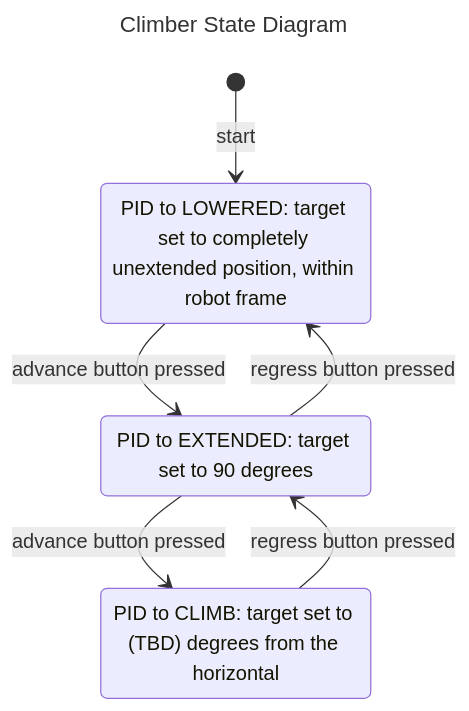
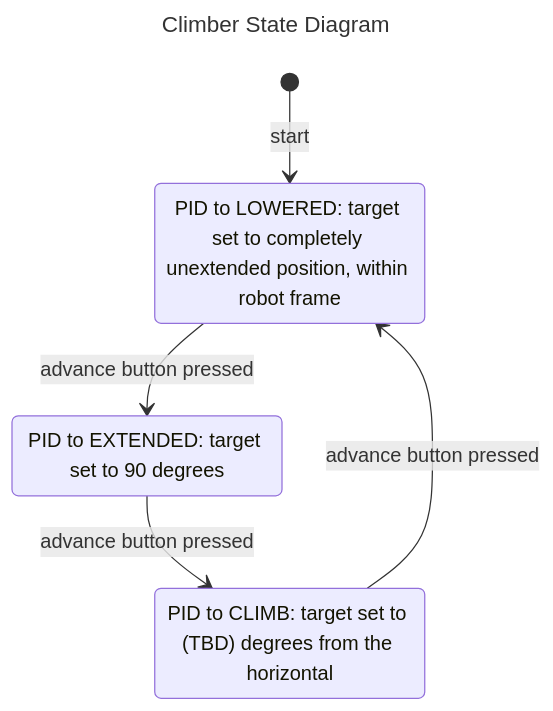
One commit to Tino-FRC-2473/FRC2025 changed the diagram in doc/ClimberFSM.md. Above: the diagram before and after it, drawn with Mermaid. The commit also changed 5 other files, not shown here.

````diff
--- a/doc/ClimberFSM.md
+++ b/doc/ClimberFSM.md
@@ -3,16 +3,15 @@
 ```mermaid
 ---
 title: Climber State Diagram
 ---
 stateDiagram-v2
 state "PID to LOWERED: target set to completely unextended position, within robot frame" as LOWERED
 state "PID to EXTENDED: target set to 90 degrees" as EXTENDED
 state "PID to CLIMB: target set to (TBD) degrees from the horizontal" as CLIMB
 [*] --> LOWERED: start
 
 
 LOWERED --> EXTENDED: advance button pressed
 EXTENDED --> CLIMB: advance button pressed
-EXTENDED --> LOWERED: regress button pressed
-CLIMB --> EXTENDED: regress button pressed
+CLIMB --> LOWERED: advance button pressed
 ```
````
